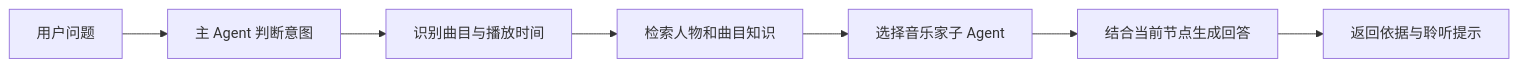
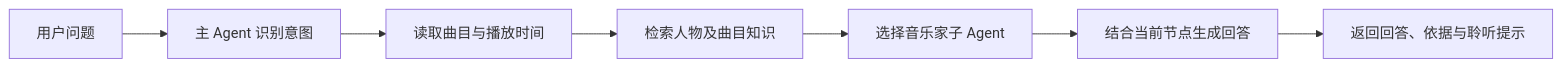
The diagram in tuning in2/README.md (kkp626726-svg/dtt), drawn with Mermaid before and after one commit. The commit also changed other lines of this file, not shown here.

````diff
--- a/tuning in2/README.md
+++ b/tuning in2/README.md
@@ -48,9 +72,9 @@
 ```mermaid
 flowchart LR
-    A[用户问题] --> B[主 Agent 判断意图]
-    B --> C[识别曲目与播放时间]
-    C --> D[检索人物和曲目知识]
+    A[用户问题] --> B[主 Agent 识别意图]
+    B --> C[读取曲目与播放时间]
+    C --> D[检索人物及曲目知识]
     D --> E[选择音乐家子 Agent]
     E --> F[结合当前节点生成回答]
-    F --> G[返回依据与聆听提示]
+    F --> G[返回回答、依据与聆听提示]
 ```
````
